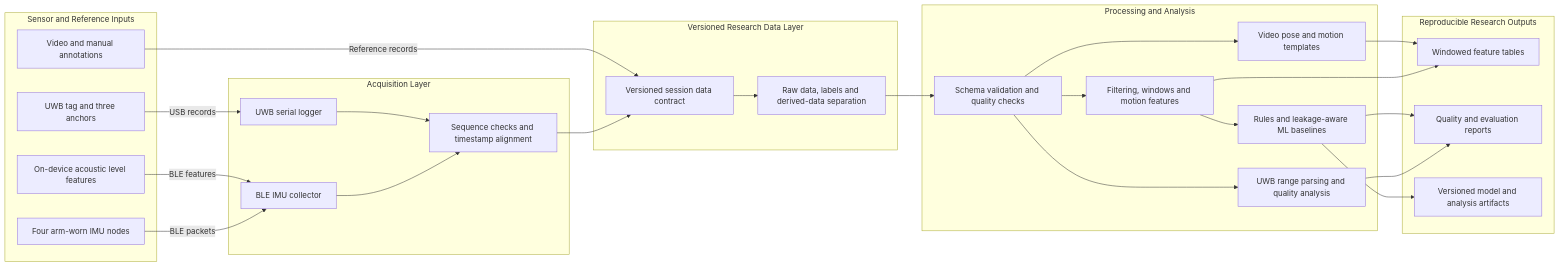
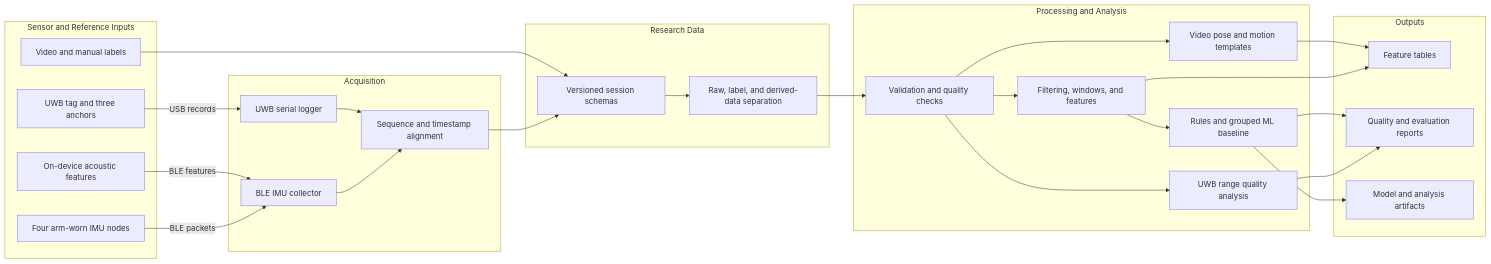
One commit to LinLyra/Motion-Lab-Public changed the diagram in README.md. Above: the diagram before and after it, drawn with Mermaid. The commit also changed other lines of this file and 28 other files, not shown here.

````diff
--- a/README.md
+++ b/README.md
@@ -45,53 +24,52 @@
 ```mermaid
 flowchart LR
     subgraph sensing["Sensor and Reference Inputs"]
         imu["Four arm-worn IMU nodes"]
-        audio["On-device acoustic level features"]
+        audio["On-device acoustic features"]
         uwb["UWB tag and three anchors"]
-        labels["Video and manual annotations"]
+        labels["Video and manual labels"]
     end
 
-    subgraph acquisition["Acquisition Layer"]
+    subgraph acquisition["Acquisition"]
         ble["BLE IMU collector"]
         serial["UWB serial logger"]
-        timing["Sequence checks and timestamp alignment"]
+        timing["Sequence and timestamp alignment"]
     end
 
-    subgraph data["Versioned Research Data Layer"]
-        contract["Versioned session data contract"]
-        provenance["Raw data, labels and derived-data separation"]
+    subgraph data["Research Data"]
+        contract["Versioned session schemas"]
+        provenance["Raw, label, and derived-data separation"]
     end
 
     subgraph analysis["Processing and Analysis"]
-        quality["Schema validation and quality checks"]
-        motion["Filtering, windows and motion features"]
-        ranging["UWB range parsing and quality analysis"]
+        quality["Validation and quality checks"]
+        motion["Filtering, windows, and features"]
+        ranging["UWB range quality analysis"]
         pose["Video pose and motion templates"]
-        methods["Rules and leakage-aware ML baselines"]
+        methods["Rules and grouped ML baseline"]
     end
 
-    subgraph outputs["Reproducible Research Outputs"]
-        features["Windowed feature tables"]
+    subgraph outputs["Outputs"]
+        features["Feature tables"]
         reports["Quality and evaluation reports"]
-        artifacts["Versioned model and analysis artifacts"]
+        artifacts["Model and analysis artifacts"]
     end
 
     imu -->|"BLE packets"| ble
     audio -->|"BLE features"| ble
     uwb -->|"USB records"| serial
     ble --> timing
     serial --> timing
     timing --> contract
-    labels -->|"Reference records"| contract
-    contract --> provenance
-    provenance --> quality
+    labels --> contract
+    contract --> provenance --> quality
     quality --> motion
     quality --> ranging
     quality --> pose
     motion --> methods
     motion --> features
     pose --> features
     ranging --> reports
     methods --> reports
     methods --> artifacts
 ```
````
